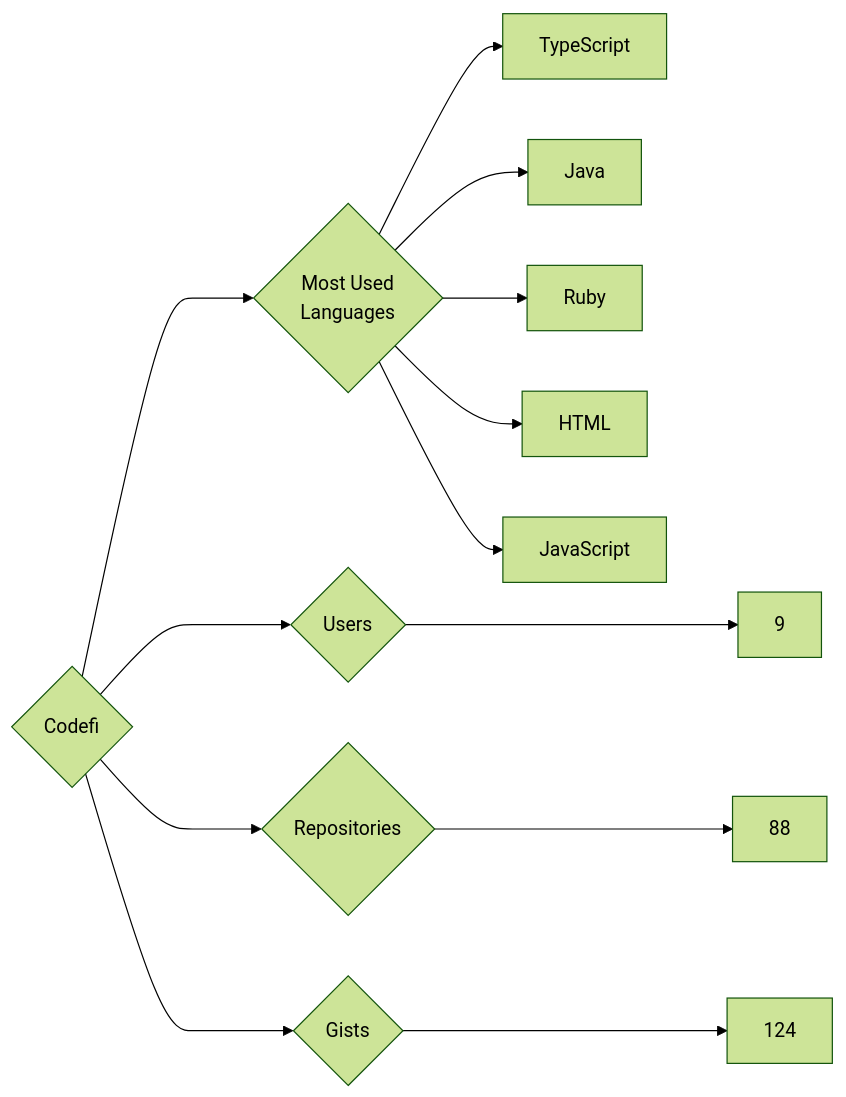
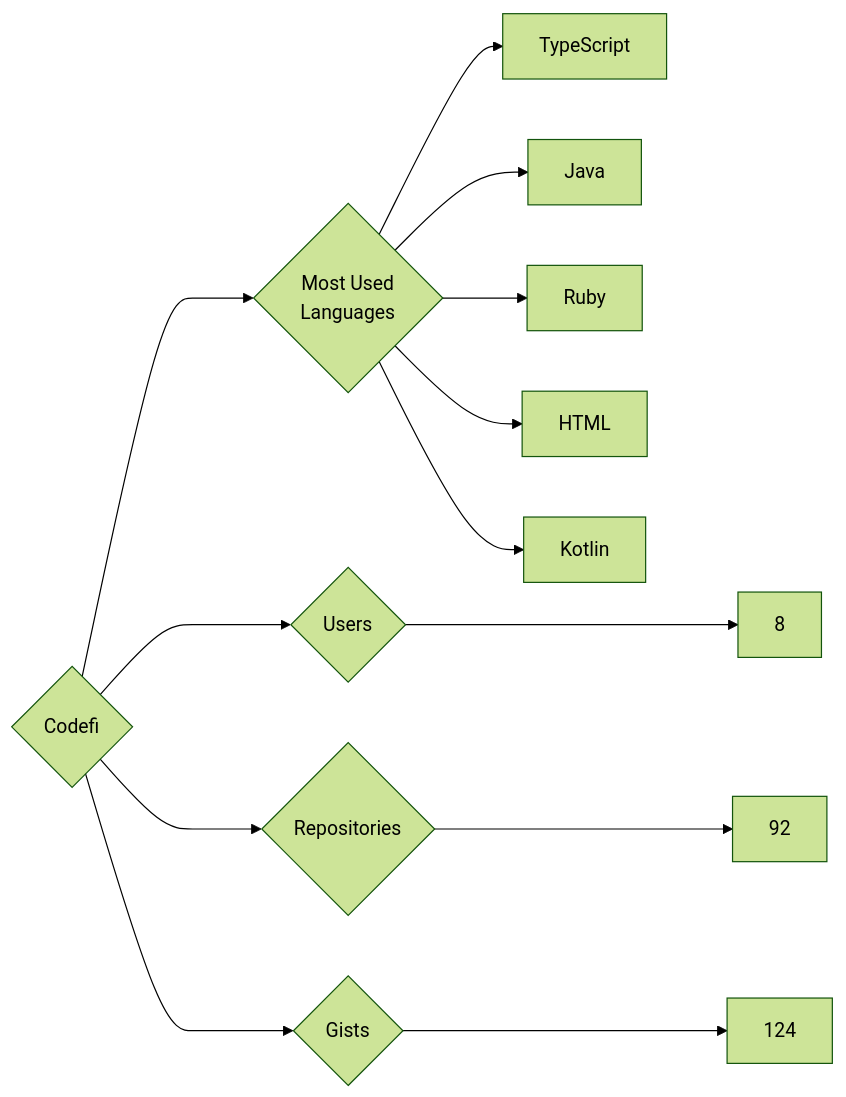
Before and after one commit to trickest/insiders: the diagram in targets/Codefi/README.md, drawn with Mermaid (forest theme). The commit also changed 1212 other files, not shown here.

````diff
--- a/targets/Codefi/README.md
+++ b/targets/Codefi/README.md
@@ -3,13 +3,13 @@
 ```mermaid
 graph LR
 COMPANY_NAME{Codefi}
-COMPANY_NAME ---> U{Users} ---> UN[9]
-COMPANY_NAME ---> R{Repositories} ---> RN[88]
+COMPANY_NAME ---> U{Users} ---> UN[8]
+COMPANY_NAME ---> R{Repositories} ---> RN[92]
 COMPANY_NAME ---> G{Gists} ---> GN[124]
 COMPANY_NAME ---> ML{Most Used<br>Languages}
 ML --> TypeScript[TypeScript]
 ML --> Java[Java]
 ML --> Ruby[Ruby]
 ML --> HTML[HTML]
-ML --> JavaScript[JavaScript]
+ML --> Kotlin[Kotlin]
 ```
````
